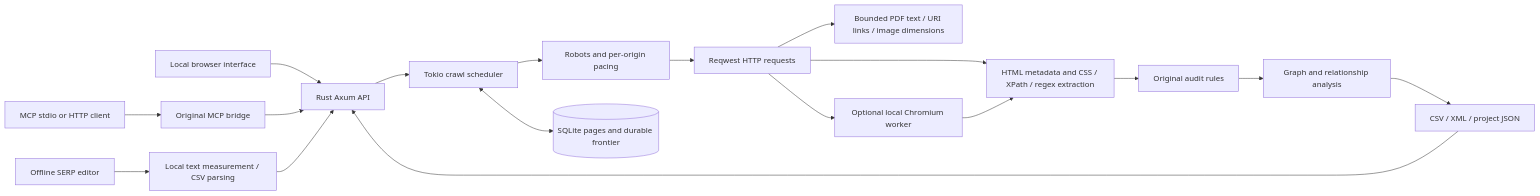
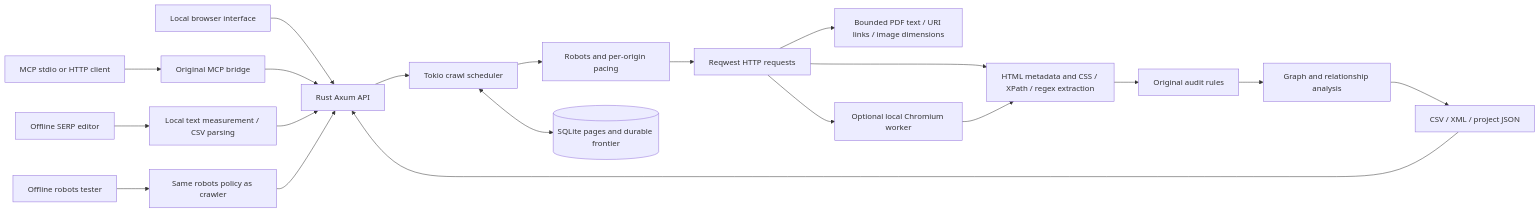
The diagram in docs/architecture.md (lia-xim/open-seo-spider), drawn with Mermaid before and after one commit. The commit also changed other lines of this file and 82 other files, not shown here.

Commit message:
Add DOM evidence, captured fragment validation and offline robots tools

````diff
--- a/docs/architecture.md
+++ b/docs/architecture.md
@@ -3,20 +3,22 @@
 ```mermaid
 flowchart LR
     UI[Local browser interface] --> API[Rust Axum API]
     MCP[MCP stdio or HTTP client] --> Bridge[Original MCP bridge]
     Bridge --> API
     API --> Core[Tokio crawl scheduler]
     Core --> Robots[Robots and per-origin pacing]
     Robots --> HTTP[Reqwest HTTP requests]
     HTTP --> DOM[HTML metadata and CSS / XPath / regex extraction]
     HTTP --> Resources[Bounded PDF text / URI links / image dimensions]
     HTTP --> Worker[Optional local Chromium worker]
     Worker --> DOM
     Core <--> DB[(SQLite pages and durable frontier)]
     DOM --> Audit[Original audit rules]
     Audit --> Graph[Graph and relationship analysis]
     Graph --> Export[CSV / XML / project JSON]
     Export --> API
     Offline[Offline SERP editor] --> Metrics[Local text measurement / CSV parsing]
     Metrics --> API
+    Rules[Offline robots tester] --> Matcher[Same robots policy as crawler]
+    Matcher --> API
 ```
````
